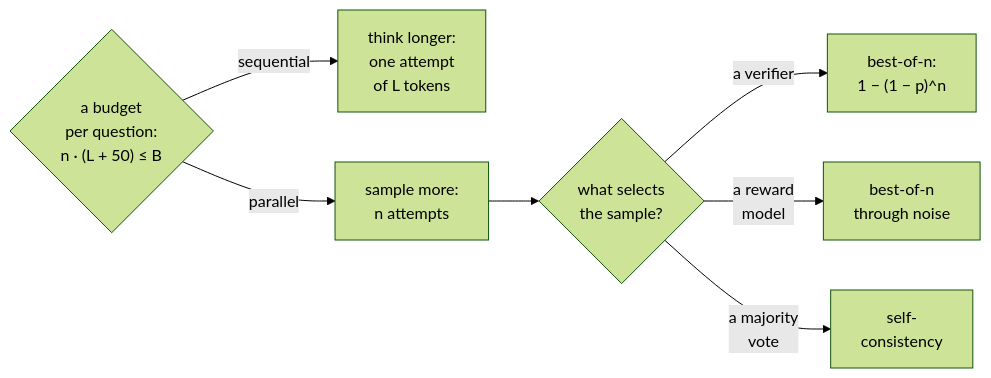
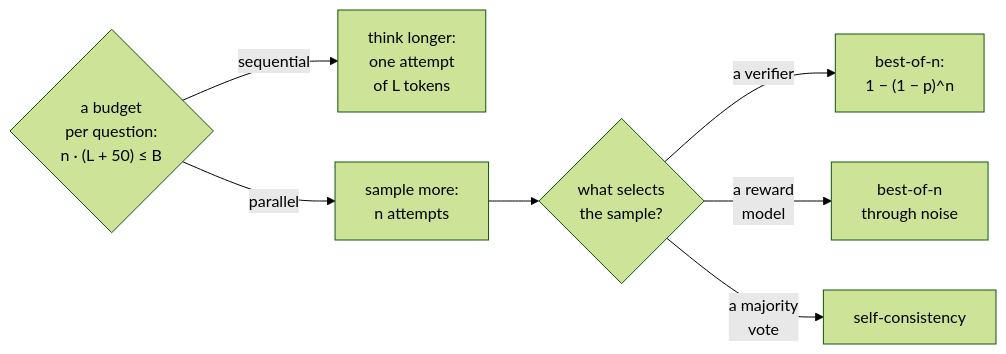
One commit to aniryou/full-stack-agentic-engineer changed the third of 4 diagrams in 00-foundations/rl-and-thinking-models/PRIMER.md. Above: the diagram before and after it, drawn with Mermaid (forest theme). The commit also changed other lines of this file and 15 other files, not shown here.

First line of the commit message:
WIP snapshot: the figure round (charts, improvements, additions) in progress (2026-10-30T18:37:14Z); not validated [skip ci]

````diff
--- a/00-foundations/rl-and-thinking-models/PRIMER.md
+++ b/00-foundations/rl-and-thinking-models/PRIMER.md
@@ -663,10 +663,10 @@
 ```mermaid
 flowchart LR
   B{"a budget<br/>per question:<br/>n · (L + 50) ≤ B"}
   B -->|"sequential"| L["think longer:<br/>one attempt<br/>of L tokens"]
   B -->|"parallel"| N["sample more:<br/>n attempts"]
   N --> PK{"what selects<br/>the sample?"}
   PK -->|"a verifier"| V["best-of-n:<br/>1 − (1 − p)^n"]
   PK -->|"a reward<br/>model"| RM["best-of-n<br/>through noise"]
-  PK -->|"a majority<br/>vote"| MV["self-<br/>consistency"]
+  PK -->|"a majority<br/>vote"| MV["self-consistency"]
 ```
````
